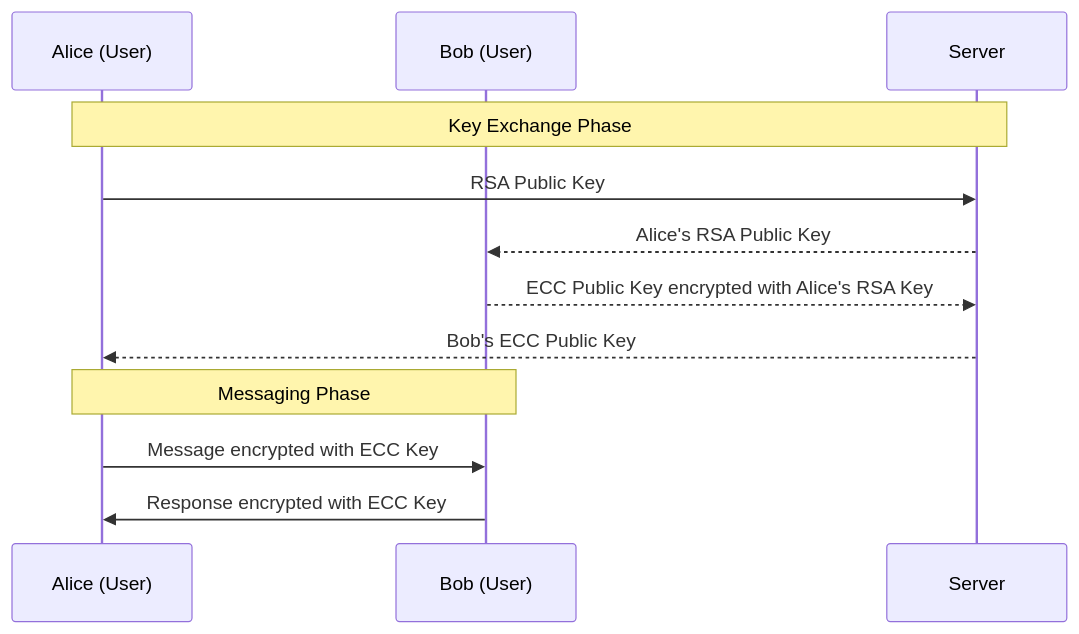
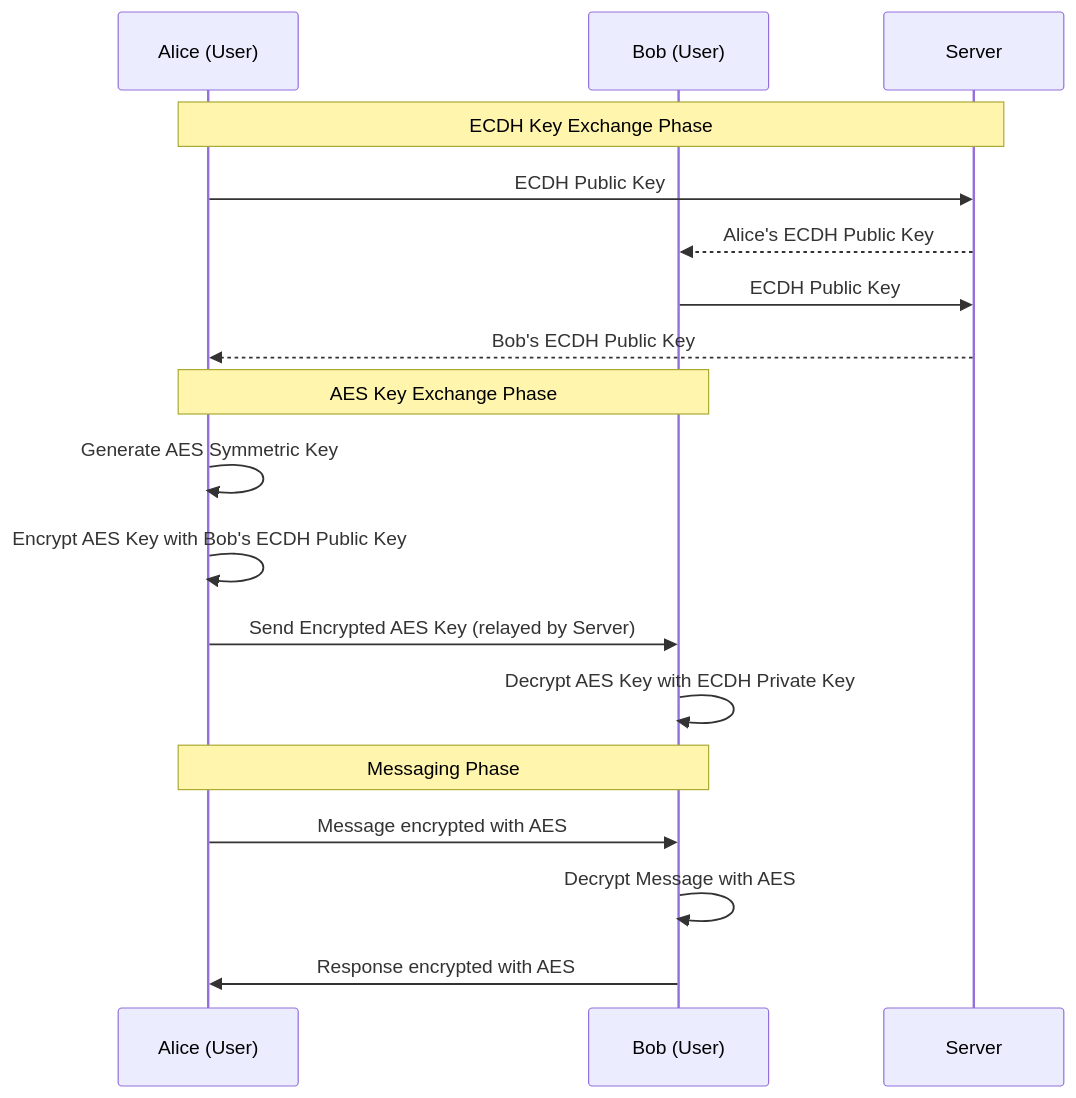
The diagram in README.md (GuillaumeDorschner/RTU-CryptoChatApp), drawn with Mermaid before and after one commit. The commit also changed other lines of this file, not shown here.

````diff
--- a/README.md
+++ b/README.md
@@ -50,16 +48,23 @@
 ```mermaid
 sequenceDiagram
     participant A as Alice (User)
     participant B as Bob (User)
     participant S as Server
 
-    Note over A,S: Key Exchange Phase
-        A->>S: RSA Public Key
-        S-->>B: Alice's RSA Public Key
-        B-->>S: ECC Public Key encrypted with Alice's RSA Key
-        S-->>A: Bob's ECC Public Key
+    Note over A,S: ECDH Key Exchange Phase
+        A->>S: ECDH Public Key
+        S-->>B: Alice's ECDH Public Key
+        B->>S: ECDH Public Key
+        S-->>A: Bob's ECDH Public Key
+
+    Note over A,B: AES Key Exchange Phase
+        A->>A: Generate AES Symmetric Key
+        A->>A: Encrypt AES Key with Bob's ECDH Public Key
+        A->>B: Send Encrypted AES Key (relayed by Server)
+        B->>B: Decrypt AES Key with ECDH Private Key
 
     Note over A,B: Messaging Phase
-        A->>B: Message encrypted with ECC Key
-        B->>A: Response encrypted with ECC Key
+        A->>B: Message encrypted with AES
+        B->>B: Decrypt Message with AES
+        B->>A: Response encrypted with AES
 ```
````
